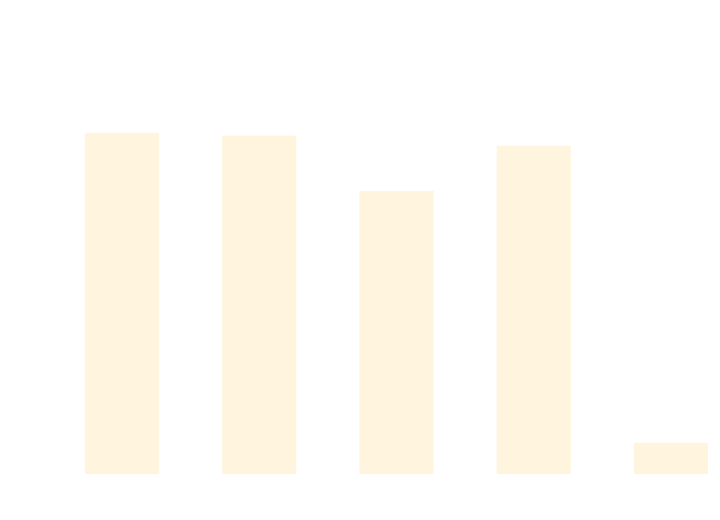
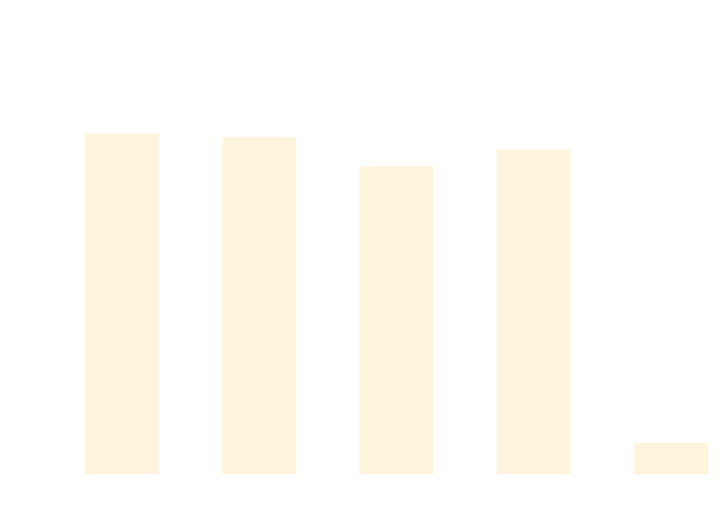
Before and after one commit to thomhurst/TUnit: the diagram in docs/docs/benchmarks/ScaleTests.md, drawn with Mermaid. The commit also changed other lines of this file and 17 other files, not shown here.

````diff
--- a/docs/docs/benchmarks/ScaleTests.md
+++ b/docs/docs/benchmarks/ScaleTests.md
@@ -27,37 +27,37 @@
 ```mermaid
 %%{init: {
   'theme':'base',
   'themeVariables': {
     'primaryColor': '#2563eb',
     'primaryTextColor': '#ffffff',
     'primaryBorderColor': '#1e40af',
     'lineColor': '#6b7280',
     'secondaryColor': '#7c3aed',
     'tertiaryColor': '#dc2626',
     'background': '#ffffff',
     'mainBkg': '#2563eb',
     'secondBkg': '#7c3aed',
     'tertiaryBkg': '#dc2626',
     'clusterBkg': '#f3f4f6',
     'edgeLabelBackground': '#ffffff',
     'tertiaryTextColor': '#1f2937',
     'pie1': '#2563eb',
     'pie2': '#7c3aed',
     'pie3': '#dc2626',
     'pie4': '#f59e0b',
     'pie5': '#10b981',
     'pie6': '#06b6d4',
     'pie7': '#ec4899',
     'pie8': '#6366f1',
     'pie9': '#84cc16',
     'pie10': '#f97316',
     'pie11': '#14b8a6',
     'pie12': '#a855f7'
   }
 }}%%
 xychart-beta
   title "ScaleTests Performance Comparison"
   x-axis ["TUnit", "NUnit", "MSTest", "xUnit3", "TUnit_AOT"]
-  y-axis "Time (ms)" 0 --> 720
-  bar [600, 594.75, 495.03, 576.75, 39.35]
+  y-axis "Time (ms)" 0 --> 750
+  bar [624.29, 617.57, 561.97, 593.67, 40.49]
 ```
````
